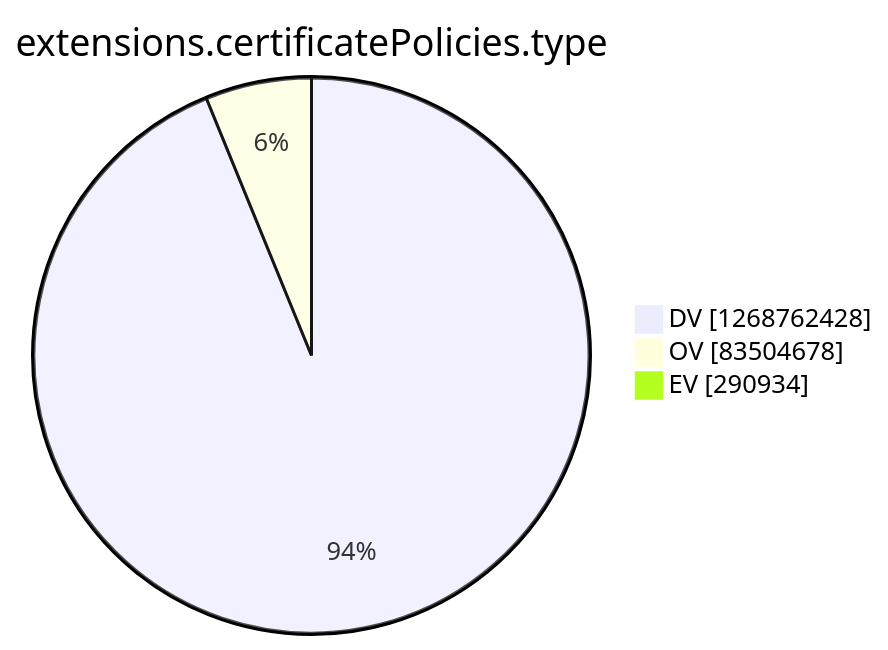
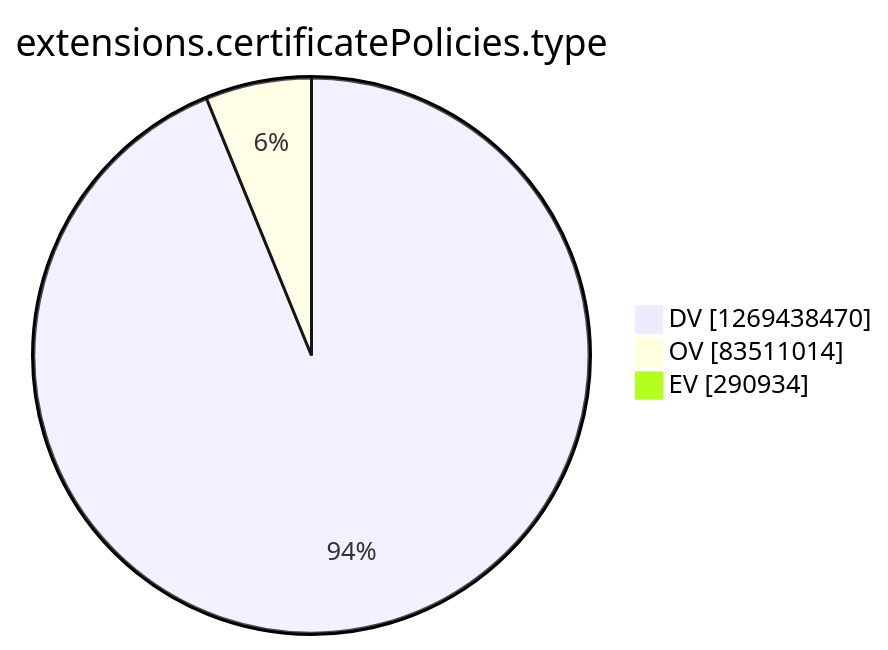
The tenth of 15 diagrams in argon2022/README.md (christiankrug/ctmonitor_visualization), drawn with Mermaid before and after one commit. The commit also changed other lines of this file, not shown here.

````diff
--- a/argon2022/README.md
+++ b/argon2022/README.md
@@ -2771,7 +2771,7 @@
 ```mermaid
 pie showData
 title extensions.certificatePolicies.type
-"DV" :1268762428
-"OV" :83504678
+"DV" :1269438470
+"OV" :83511014
 "EV" :290934
 ```
````
